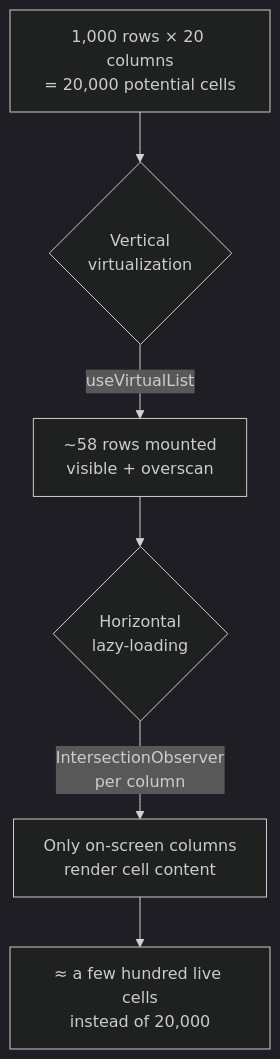
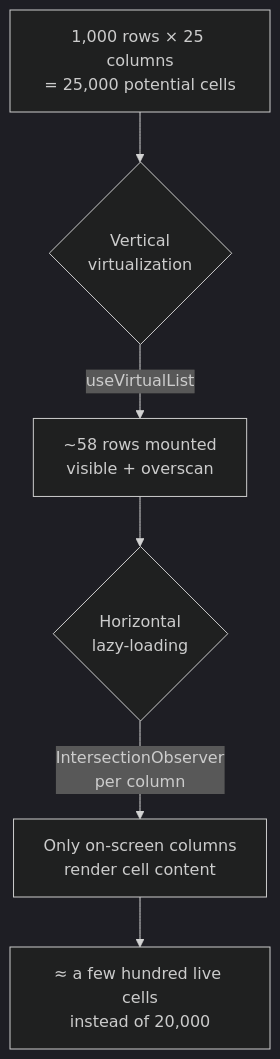
One commit to mobinashakeri/vue-virtual-bi-table changed the diagram in README.md. Above: the diagram before and after it, drawn with Mermaid (dark theme). The commit also changed other lines of this file and 5 other files, not shown here.

````diff
--- a/README.md
+++ b/README.md
@@ -80,8 +81,8 @@
 ```mermaid
 flowchart TD
-    A[1,000 rows × 20 columns<br/>= 20,000 potential cells] --> B{Vertical<br/>virtualization}
+    A[1,000 rows × 25 columns<br/>= 25,000 potential cells] --> B{Vertical<br/>virtualization}
     B -->|useVirtualList| C[~58 rows mounted<br/>visible + overscan]
     C --> D{Horizontal<br/>lazy-loading}
     D -->|IntersectionObserver<br/>per column| E[Only on-screen columns<br/>render cell content]
     E --> F[≈ a few hundred live cells<br/>instead of 20,000]
 ```
````
